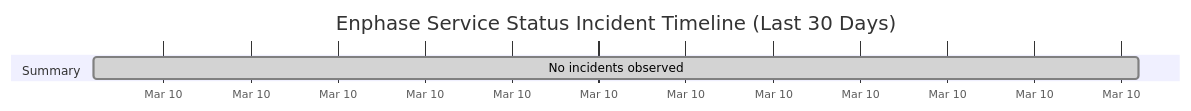
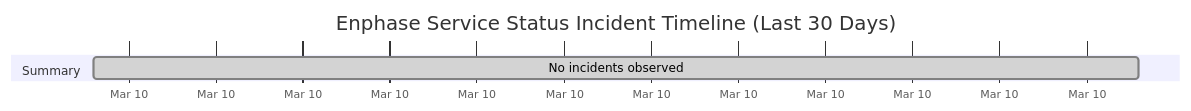
Before and after one commit to barneyonline/ha-enphase-ev-charger: the diagram in wiki/Service-Status-History.md, drawn with Mermaid. The commit also changed other lines of this file and 3 other files, not shown here.

````diff
--- a/wiki/Service-Status-History.md
+++ b/wiki/Service-Status-History.md
@@ -14,8 +14,8 @@
 ```mermaid
 gantt
     title Enphase Service Status Incident Timeline (Last 30 Days)
     dateFormat  YYYY-MM-DDTHH:mm:ss
     axisFormat  %b %d
     section Summary
-    No incidents observed :done, 2026-03-10T08:30:36, 1m
+    No incidents observed :done, 2026-03-10T09:34:48, 1m
 ```
````
